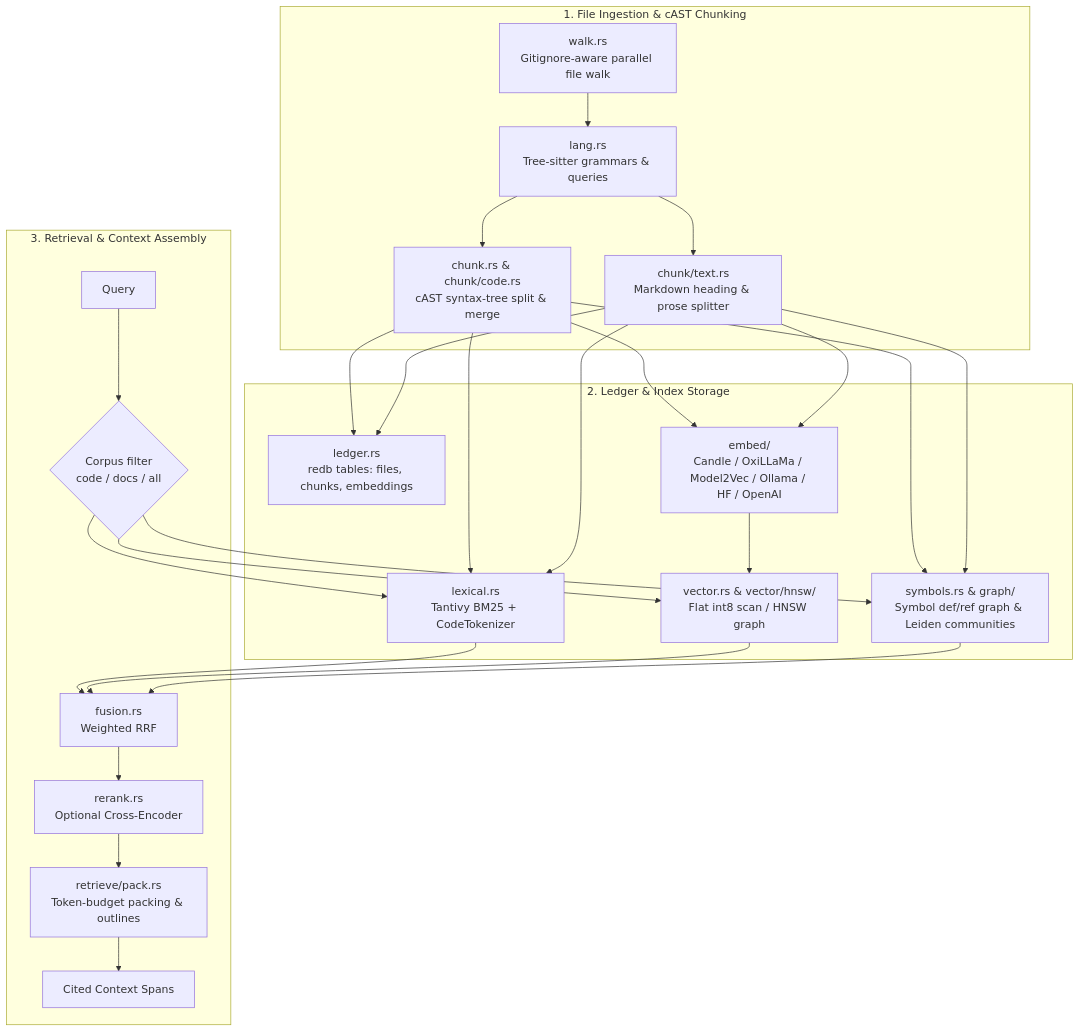
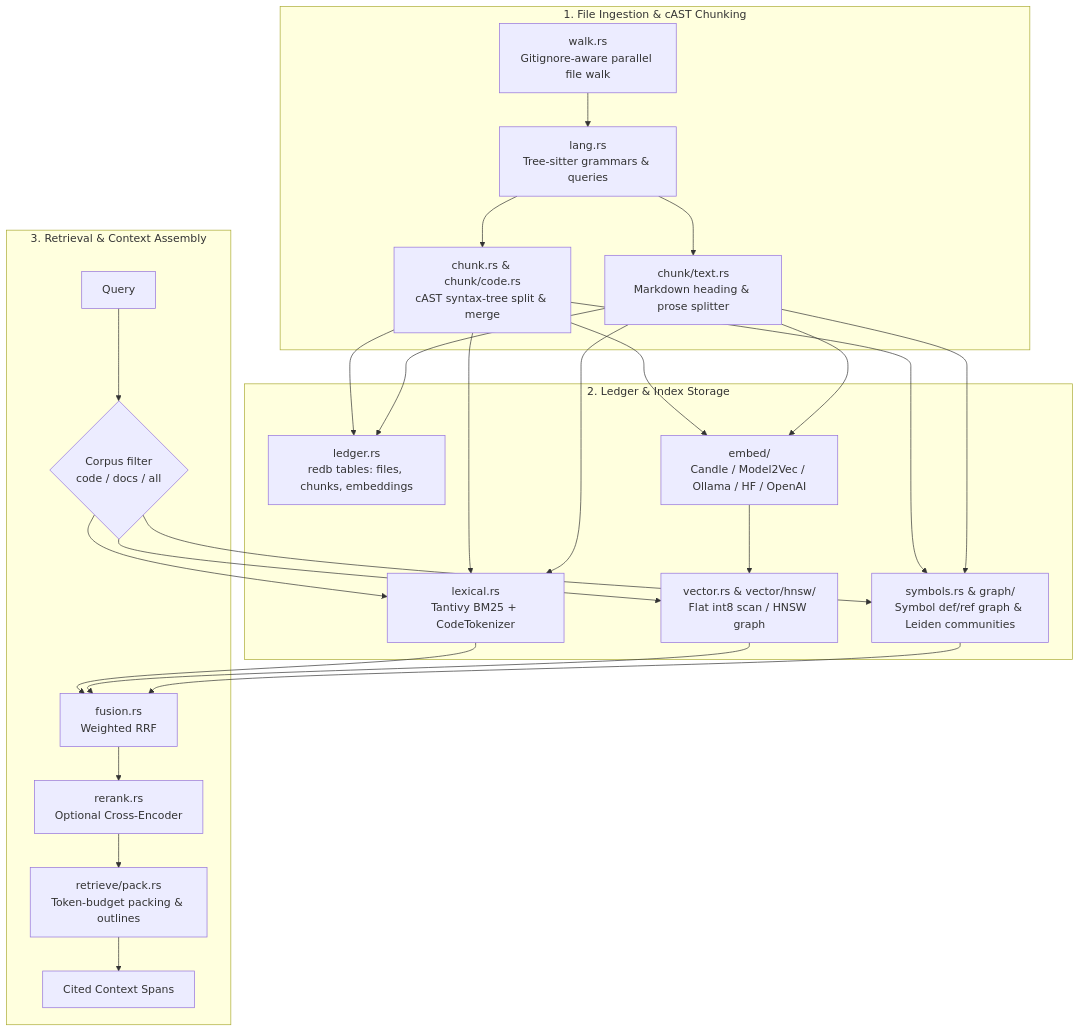
The diagram in crates/loom-rag/README.md (yasuomaidana/dendrite-rag-rs), drawn with Mermaid before and after one commit. The commit also changed other lines of this file and 30 other files, not shown here.

````diff
--- a/crates/loom-rag/README.md
+++ b/crates/loom-rag/README.md
@@ -66,25 +66,25 @@
 ```mermaid
 flowchart TD
     subgraph Ingestion ["1. File Ingestion & cAST Chunking"]
         W[walk.rs<br/>Gitignore-aware parallel file walk] --> L[lang.rs<br/>Tree-sitter grammars & queries]
         L --> C[chunk.rs & chunk/code.rs<br/>cAST syntax-tree split & merge]
         L --> M[chunk/text.rs<br/>Markdown heading & prose splitter]
     end
 
     subgraph Storage ["2. Ledger & Index Storage"]
         C & M --> R[ledger.rs<br/>redb tables: files, chunks, embeddings]
         C & M --> T[lexical.rs<br/>Tantivy BM25 + CodeTokenizer]
         C & M --> G[symbols.rs & graph/<br/>Symbol def/ref graph & Leiden communities]
-        C & M --> E[embed/<br/>Candle / OxiLLaMa / Model2Vec / Ollama / HF / OpenAI]
+        C & M --> E[embed/<br/>Candle / Model2Vec / Ollama / HF / OpenAI]
         E --> V[vector.rs & vector/hnsw/<br/>Flat int8 scan / HNSW graph]
     end
 
     subgraph Retrieval ["3. Retrieval & Context Assembly"]
         Q[Query] --> K{Corpus filter<br/>code / docs / all}
         K --> T & V & G
         T & V & G --> F[fusion.rs<br/>Weighted RRF]
         F --> RR[rerank.rs<br/>Optional Cross-Encoder]
         RR --> P[retrieve/pack.rs<br/>Token-budget packing & outlines]
         P --> OUT[Cited Context Spans]
     end
 ```
````
